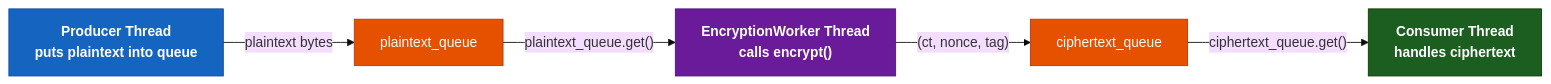
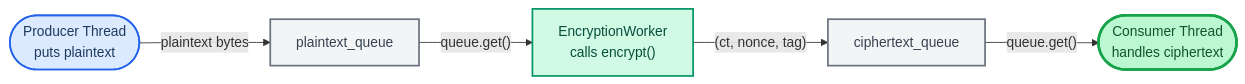
The fourth of 14 diagrams in PROJECT_DOCUMENTATION.md (HeshamAfandi/Secure-Communication-System), drawn with Mermaid before and after one commit. The commit also changed other lines of this file, not shown here.

````diff
--- a/PROJECT_DOCUMENTATION.md
+++ b/PROJECT_DOCUMENTATION.md
@@ -425,13 +450,19 @@
 ```mermaid
-%%{init: {'theme': 'base'}}%%
 flowchart LR
-    classDef producer fill:#1565C0,stroke:#0D47A1,color:#FFFFFF,font-weight:bold
-    classDef worker   fill:#6A1B9A,stroke:#4A148C,color:#FFFFFF,font-weight:bold
-    classDef queue    fill:#E65100,stroke:#BF360C,color:#FFFFFF
-    classDef consumer fill:#1B5E20,stroke:#0D3B00,color:#FFFFFF,font-weight:bold
+    P(["Producer Thread<br/>puts plaintext"])
+    Q1["plaintext_queue"]
+    W["EncryptionWorker<br/>calls encrypt()"]
+    Q2["ciphertext_queue"]
+    C(["Consumer Thread<br/>handles ciphertext"])
 
-    P["Producer Thread<br/>puts plaintext into queue"]:::producer -->|"plaintext bytes"| Q1["plaintext_queue"]:::queue
-    Q1 -->|"plaintext_queue.get()"| W["EncryptionWorker Thread<br/>calls encrypt()"]:::worker
-    W -->|"(ct, nonce, tag)"| Q2["ciphertext_queue"]:::queue
-    Q2 -->|"ciphertext_queue.get()"| C["Consumer Thread<br/>handles ciphertext"]:::consumer
+    P -->|"plaintext bytes"| Q1
+    Q1 -->|"queue.get()"| W
+    W -->|"(ct, nonce, tag)"| Q2
+    Q2 -->|"queue.get()"| C
+
+    style P  fill:#dbeafe,stroke:#2563eb,stroke-width:2px,color:#1e3a5f
+    style Q1 fill:#f3f4f6,stroke:#6b7280,stroke-width:2px,color:#374151
+    style W  fill:#d1fae5,stroke:#059669,stroke-width:2px,color:#064e3b
+    style Q2 fill:#f3f4f6,stroke:#6b7280,stroke-width:2px,color:#374151
+    style C  fill:#bbf7d0,stroke:#16a34a,stroke-width:3px,color:#14532d
 ```
````
